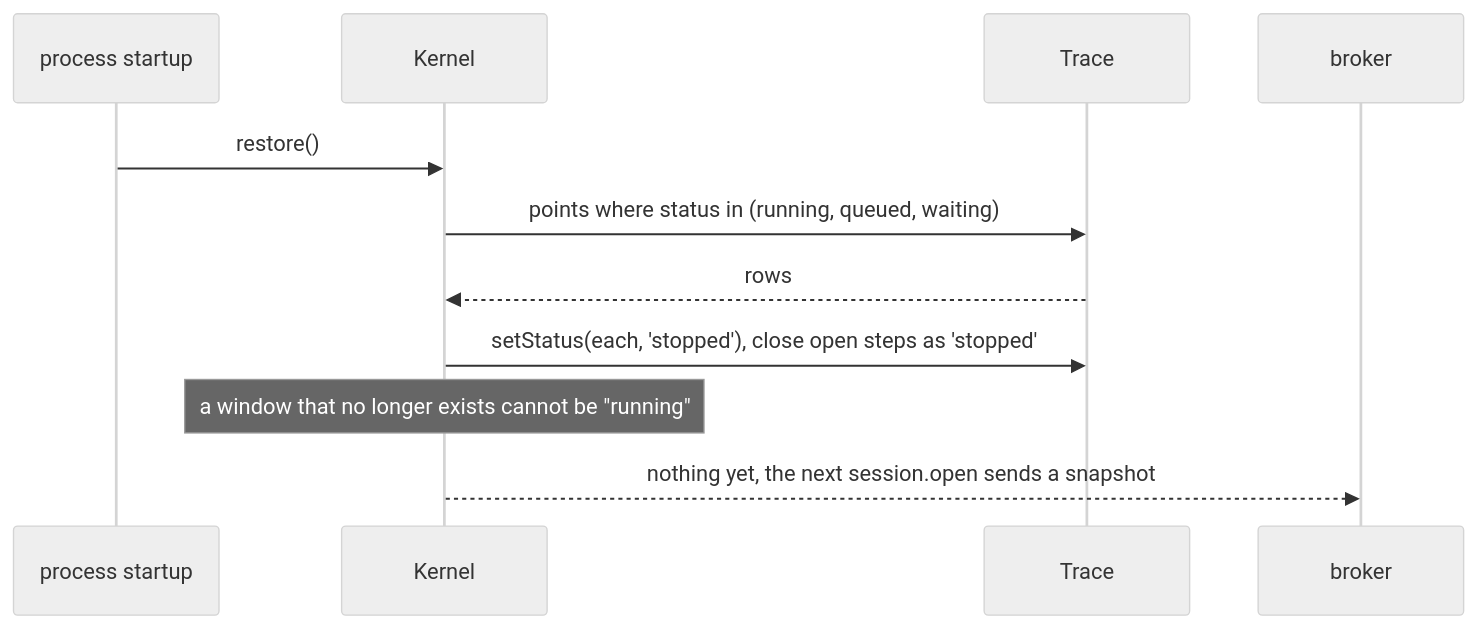
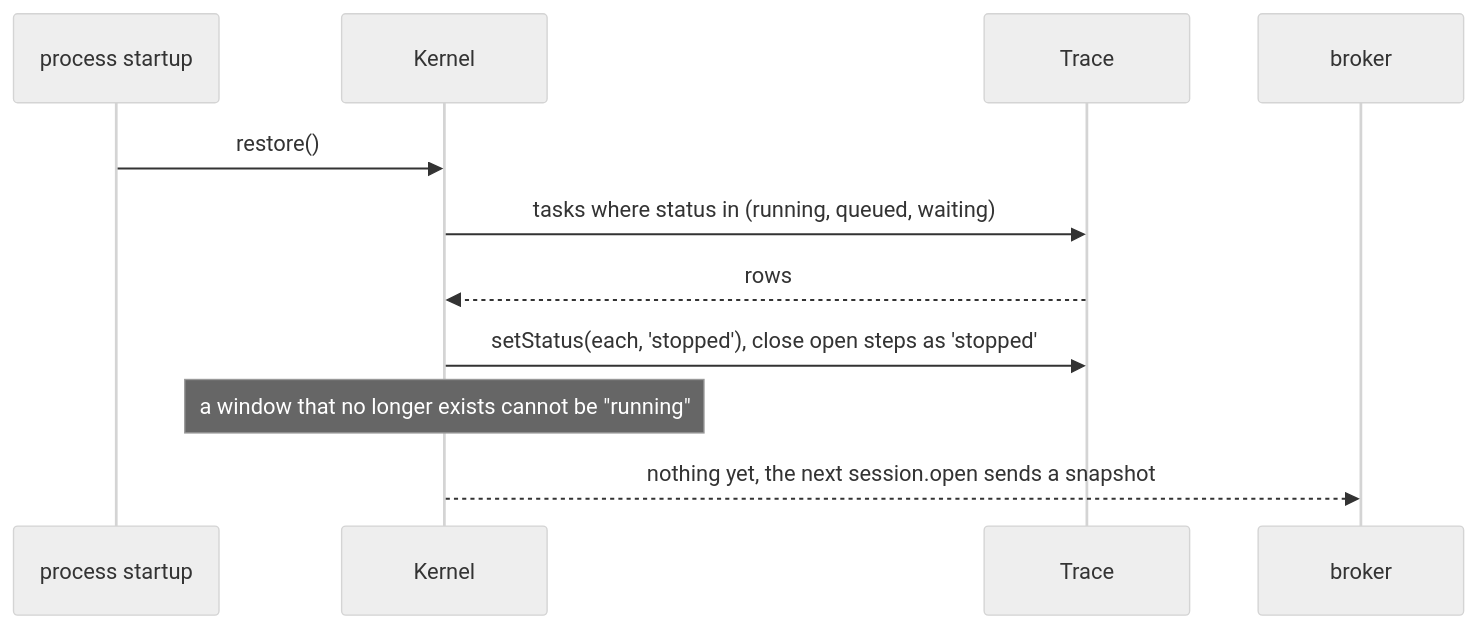
One commit to ziyangliu-666/lumen-next changed diagram 14 of 16 in docs/ARCHITECTURE.md. Above: the diagram before and after it, drawn with Mermaid (neutral theme). The commit also changed other lines of this file and 25 other files, not shown here.

First line of the commit message:
contract: a task, not a point, and a tree, not a graph

````diff
--- a/docs/ARCHITECTURE.md
+++ b/docs/ARCHITECTURE.md
@@ -667,13 +663,13 @@
 ```mermaid
 sequenceDiagram
   participant P as process startup
   participant K as Kernel
   participant T as Trace
   participant B as broker
   P->>K: restore()
-  K->>T: points where status in (running, queued, waiting)
+  K->>T: tasks where status in (running, queued, waiting)
   T-->>K: rows
   K->>T: setStatus(each, 'stopped'), close open steps as 'stopped'
   Note over K: a window that no longer exists cannot be "running"
   K-->>B: nothing yet, the next session.open sends a snapshot
 ```
````
